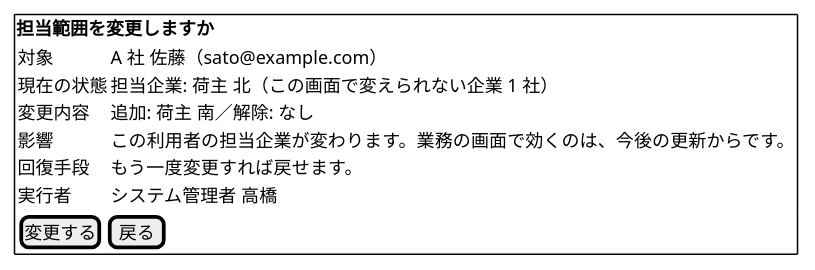
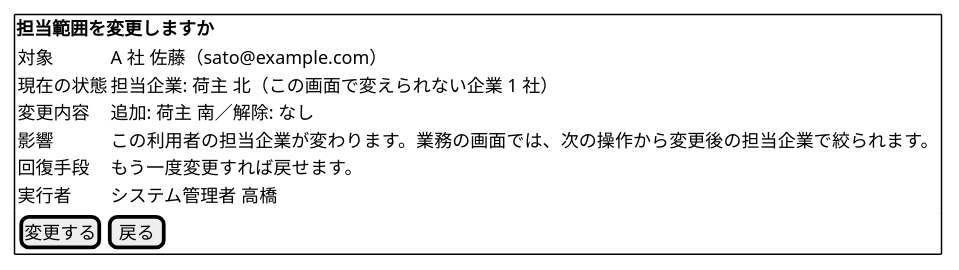
One commit to k2works/practical-domain-driven-design-in-enterpris-application changed diagram 30 of 47 in docs/design/cargo-tracker/ui_design.md. Above: the diagram before and after it, drawn with PlantUML. The commit also changed other lines of this file and 120 other files, not shown here.

````diff
--- a/docs/design/cargo-tracker/ui_design.md
+++ b/docs/design/cargo-tracker/ui_design.md
@@ -1313,16 +1313,16 @@
 ```plantuml
 @startsalt
 {+
   <b>担当範囲を変更しますか
   {
     対象       | A 社 佐藤（sato@example.com）
     現在の状態 | 担当企業: 荷主 北（この画面で変えられない企業 1 社）
     変更内容   | 追加: 荷主 南／解除: なし
-    影響       | この利用者の担当企業が変わります。業務の画面で効くのは、今後の更新からです。
+    影響       | この利用者の担当企業が変わります。業務の画面では、次の操作から変更後の担当企業で絞られます。
     回復手段   | もう一度変更すれば戻せます。
     実行者     | システム管理者 高橋
   }
   { [ 変更する ] | [ 戻る ] }
 }
 @endsalt
 ```
````
